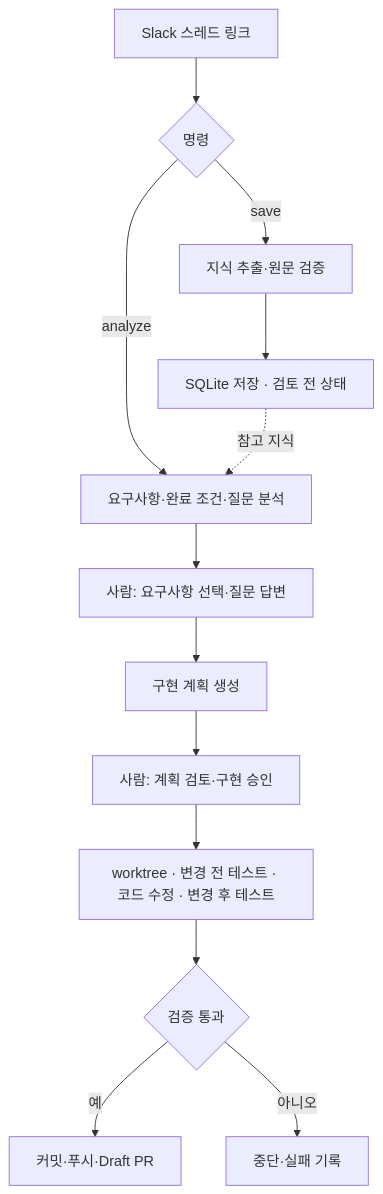
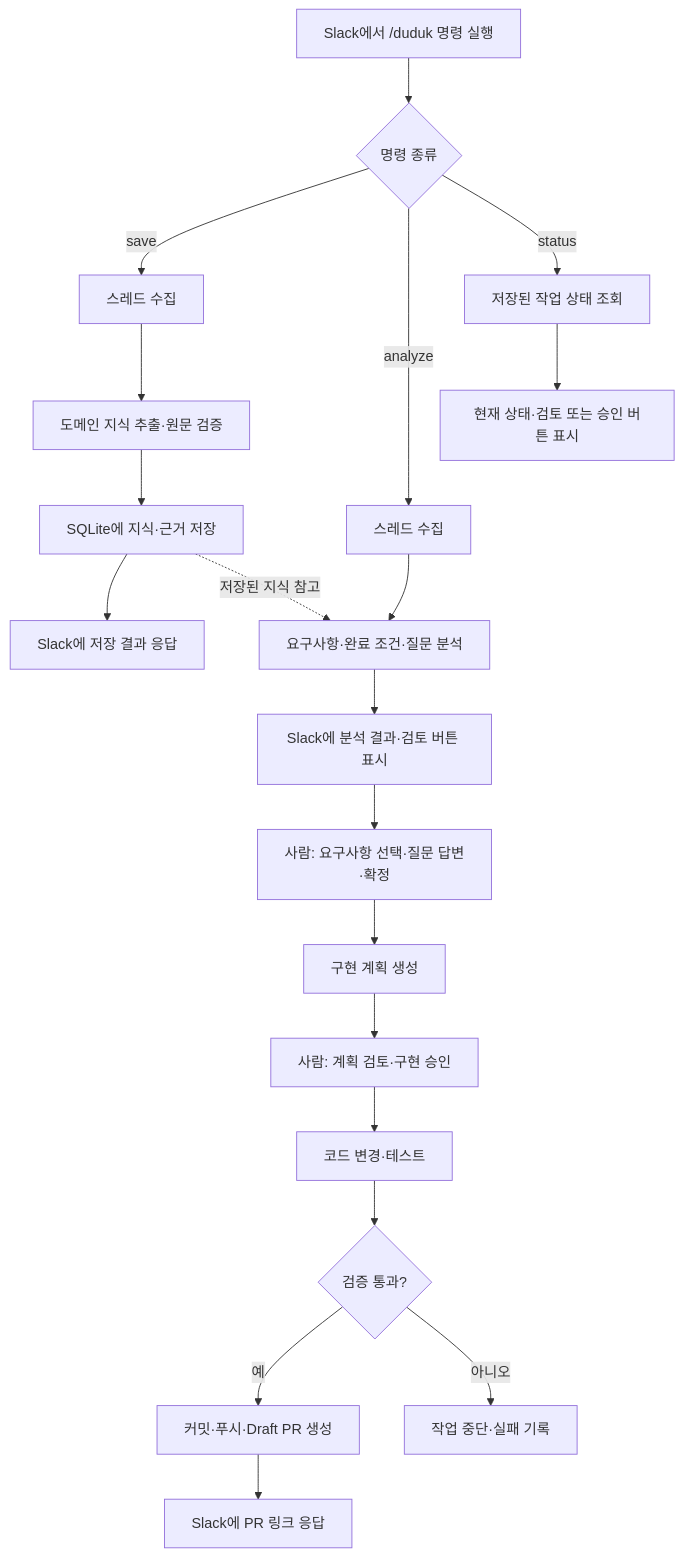
One commit to minenam/ai-agent-engineering changed the diagram in members/noh-yuna/README.md. Above: the diagram before and after it, drawn with Mermaid. The commit also changed other lines of this file, not shown here.

Commit message:
docs(noh-yuna): simplify README and correct command flow

````diff
--- a/members/noh-yuna/README.md
+++ b/members/noh-yuna/README.md
@@ -34,15 +25,25 @@
 ```mermaid
 flowchart TD
-    A["Slack 스레드 링크"] --> B{"명령"}
-    B -->|save| C["지식 추출·원문 검증"]
-    C --> D["SQLite 저장 · 검토 전 상태"]
-    B -->|analyze| E["요구사항·완료 조건·질문 분석"]
-    D -. 참고 지식 .-> E
-    E --> F["사람: 요구사항 선택·질문 답변"]
-    F --> G["구현 계획 생성"]
-    G --> H["사람: 계획 검토·구현 승인"]
-    H --> I["worktree · 변경 전 테스트 · 코드 수정 · 변경 후 테스트"]
-    I --> J{"검증 통과"}
-    J -->|예| K["커밋·푸시·Draft PR"]
-    J -->|아니오| L["중단·실패 기록"]
+    A["Slack에서 /duduk 명령 실행"] --> B{"명령 종류"}
+
+    B -->|save| S1["스레드 수집"]
+    S1 --> S2["도메인 지식 추출·원문 검증"]
+    S2 --> S3["SQLite에 지식·근거 저장"]
+    S3 --> S4["Slack에 저장 결과 응답"]
+
+    B -->|analyze| A1["스레드 수집"]
+    A1 --> A2["요구사항·완료 조건·질문 분석"]
+    S3 -. 저장된 지식 참고 .-> A2
+    A2 --> A3["Slack에 분석 결과·검토 버튼 표시"]
+    A3 --> A4["사람: 요구사항 선택·질문 답변·확정"]
+    A4 --> A5["구현 계획 생성"]
+    A5 --> A6["사람: 계획 검토·구현 승인"]
+    A6 --> A7["코드 변경·테스트"]
+    A7 --> A8{"검증 통과?"}
+    A8 -->|예| A9["커밋·푸시·Draft PR 생성"]
+    A9 --> A10["Slack에 PR 링크 응답"]
+    A8 -->|아니오| A11["작업 중단·실패 기록"]
+
+    B -->|status| T1["저장된 작업 상태 조회"]
+    T1 --> T2["현재 상태·검토 또는 승인 버튼 표시"]
 ```
````
